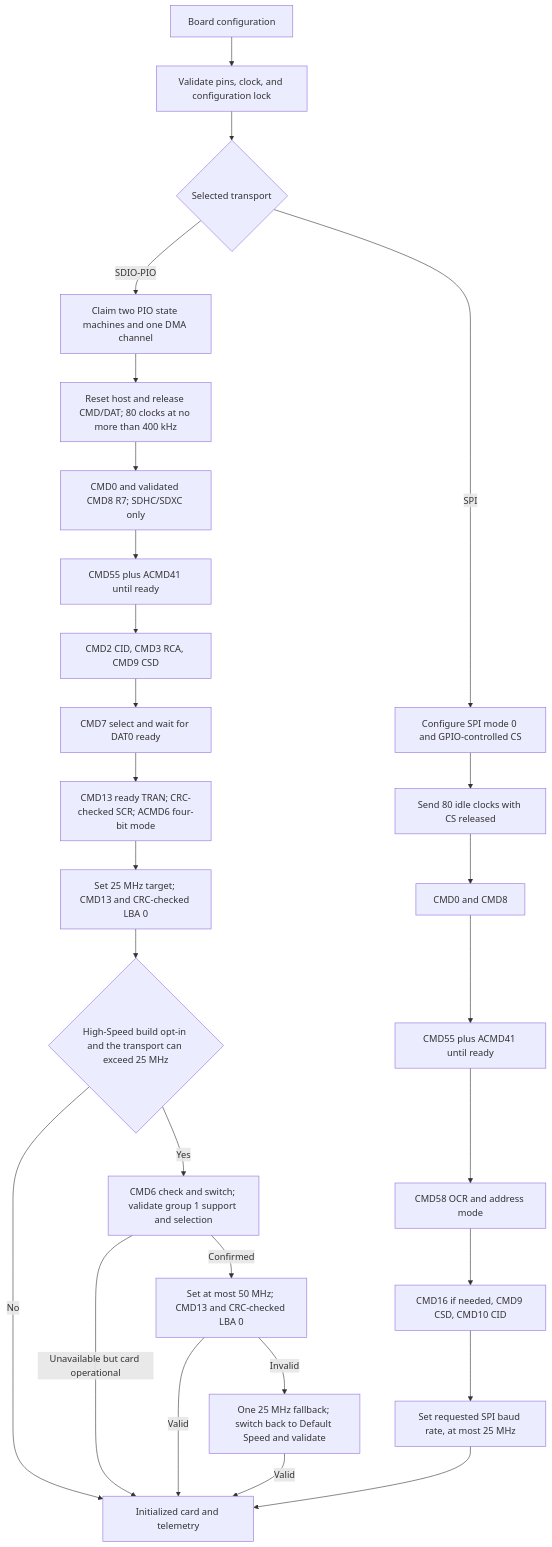
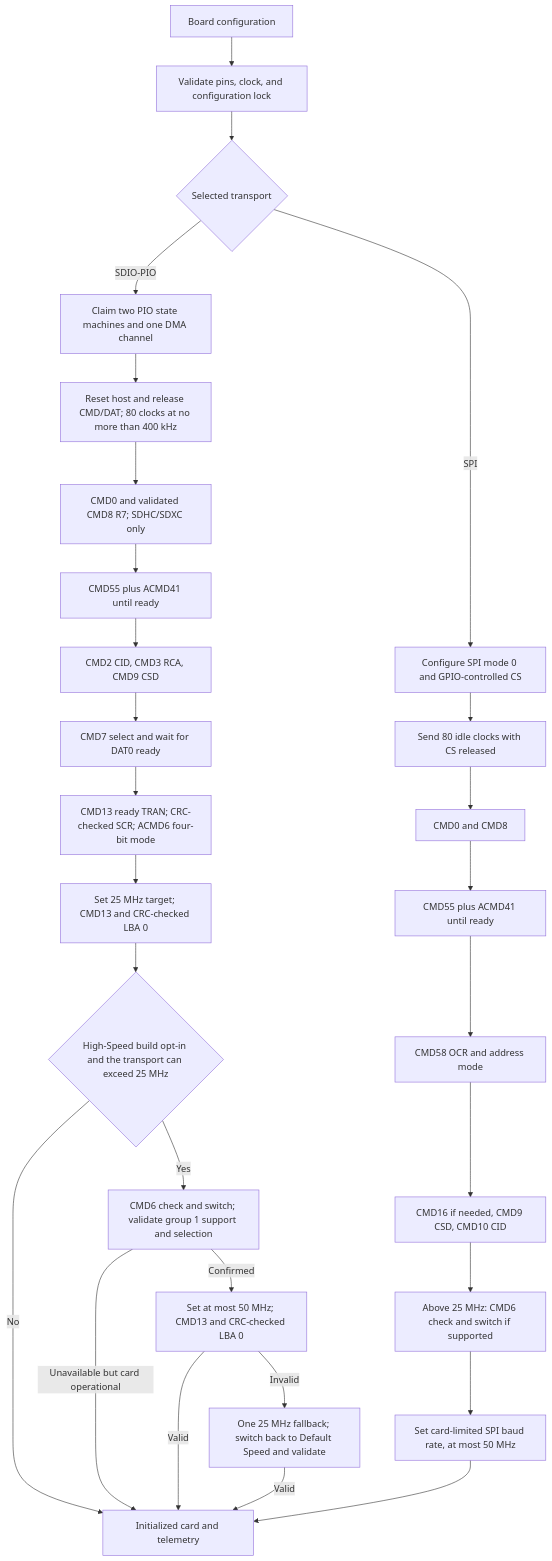
Before and after one commit to djwinter29-oss/PicoForge: the second of 5 diagrams in docs/sdcard-design.md, drawn with Mermaid. The commit also changed other lines of this file and 11 other files, not shown here.

````diff
--- a/docs/sdcard-design.md
+++ b/docs/sdcard-design.md
@@ -292,29 +293,30 @@
 ```mermaid
 flowchart TD
     Start[Board configuration] --> Validate[Validate pins, clock, and configuration lock]
     Validate --> Transport{Selected transport}
     Transport -->|SDIO-PIO| Claim[Claim two PIO state machines and one DMA channel]
     Claim --> Idle[Reset host and release CMD/DAT; 80 clocks at no more than 400 kHz]
     Idle --> NativeReset[CMD0 and validated CMD8 R7; SDHC/SDXC only]
     NativeReset --> NativeReady[CMD55 plus ACMD41 until ready]
     NativeReady --> Identify[CMD2 CID, CMD3 RCA, CMD9 CSD]
     Identify --> Select[CMD7 select and wait for DAT0 ready]
     Select --> Width[CMD13 ready TRAN; CRC-checked SCR; ACMD6 four-bit mode]
     Width --> Speed[Set 25 MHz target; CMD13 and CRC-checked LBA 0]
     Speed --> Policy{High-Speed build opt-in and the transport can exceed 25 MHz}
     Policy -->|No| Ready[Initialized card and telemetry]
     Policy -->|Yes| Switch[CMD6 check and switch; validate group 1 support and selection]
     Switch -->|Unavailable but card operational| Ready
     Switch -->|Confirmed| Fast[Set at most 50 MHz; CMD13 and CRC-checked LBA 0]
     Fast -->|Valid| Ready
     Fast -->|Invalid| Fallback[One 25 MHz fallback; switch back to Default Speed and validate]
     Fallback -->|Valid| Ready
     Transport -->|SPI| Setup[Configure SPI mode 0 and GPIO-controlled CS]
     Setup --> Clocks[Send 80 idle clocks with CS released]
     Clocks --> SPIReset[CMD0 and CMD8]
     SPIReset --> SPIReady[CMD55 plus ACMD41 until ready]
     SPIReady --> OCR[CMD58 OCR and address mode]
     OCR --> SPIIdentify[CMD16 if needed, CMD9 CSD, CMD10 CID]
-    SPIIdentify --> SPISpeed[Set requested SPI baud rate, at most 25 MHz]
+    SPIIdentify --> SPISwitch[Above 25 MHz: CMD6 check and switch if supported]
+    SPISwitch --> SPISpeed[Set card-limited SPI baud rate, at most 50 MHz]
     SPISpeed --> Ready
 ```
````
